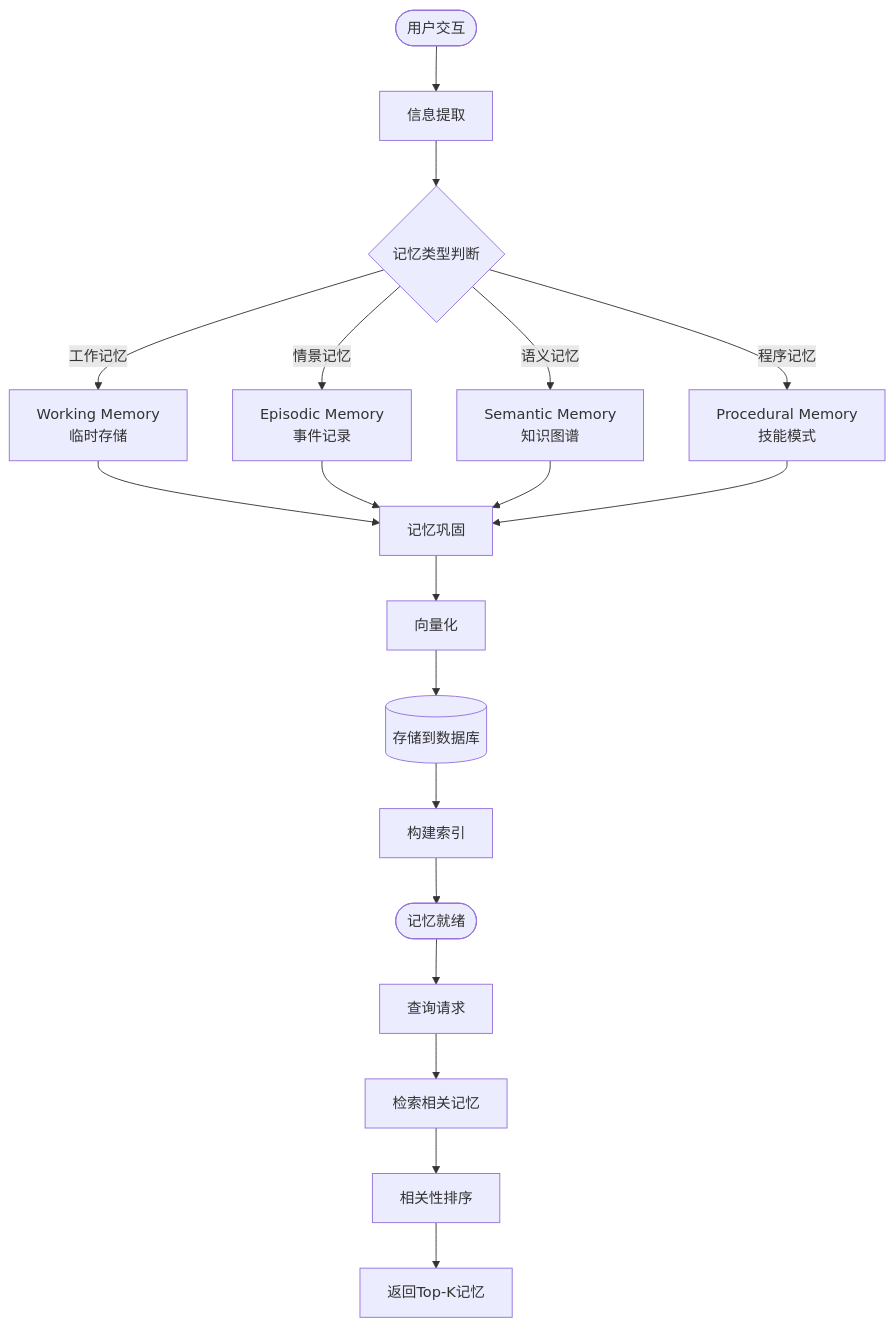
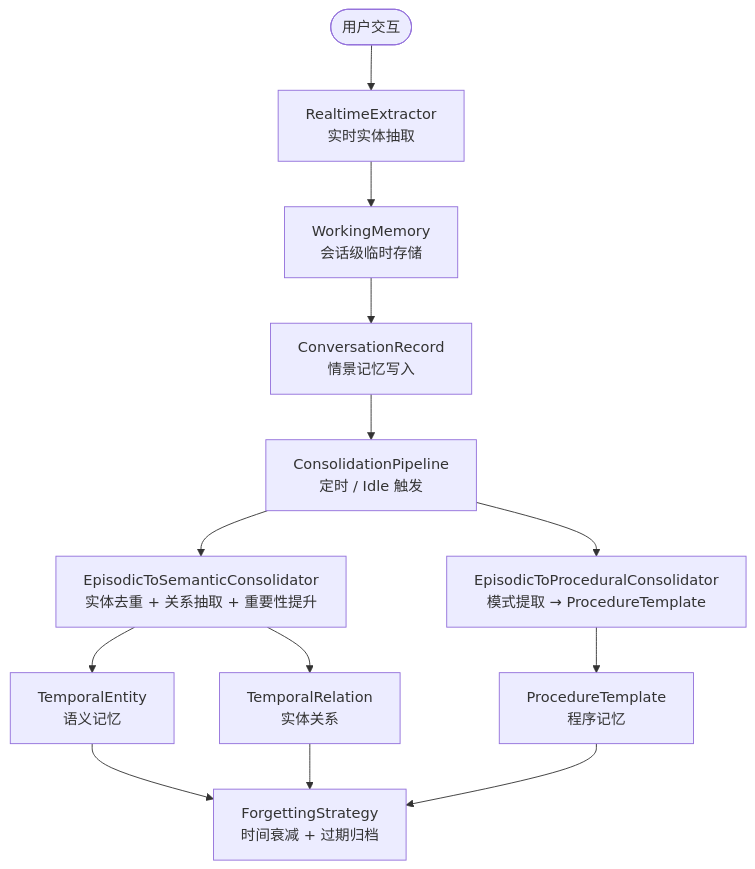
One commit to ntygod/LifePilot changed the fourth of 35 diagrams in ARCHITECTURE-DIAGRAMS.md. Above: the diagram before and after it, drawn with Mermaid. The commit also changed other lines of this file and 2 other files, not shown here.

````diff
--- a/ARCHITECTURE-DIAGRAMS.md
+++ b/ARCHITECTURE-DIAGRAMS.md
@@ -160,26 +229,20 @@
 ```mermaid
 flowchart TD
-    Start([用户交互]) --> Extract[信息提取]
-    Extract --> Classify{记忆类型判断}
+    Start([用户交互]) --> Extract[RealtimeExtractor<br/>实时实体抽取]
+    Extract --> WM[WorkingMemory<br/>会话级临时存储]
     
-    Classify -->|工作记忆| WM[Working Memory<br/>临时存储]
-    Classify -->|情景记忆| EM[Episodic Memory<br/>事件记录]
-    Classify -->|语义记忆| SM[Semantic Memory<br/>知识图谱]
-    Classify -->|程序记忆| PM[Procedural Memory<br/>技能模式]
+    WM --> Episodic[ConversationRecord<br/>情景记忆写入]
     
-    WM --> Consolidate[记忆巩固]
-    EM --> Consolidate
-    SM --> Consolidate
-    PM --> Consolidate
+    Episodic --> Pipeline[ConsolidationPipeline<br/>定时 / Idle 触发]
     
-    Consolidate --> Vectorize[向量化]
-    Vectorize --> Store[(存储到数据库)]
+    Pipeline --> Semantic[EpisodicToSemanticConsolidator<br/>实体去重 + 关系抽取 + 重要性提升]
+    Pipeline --> Procedural[EpisodicToProceduralConsolidator<br/>模式提取 → ProcedureTemplate]
     
-    Store --> Index[构建索引]
-    Index --> Ready([记忆就绪])
+    Semantic --> TE[TemporalEntity<br/>语义记忆]
+    Semantic --> TR[TemporalRelation<br/>实体关系]
+    Procedural --> PT[ProcedureTemplate<br/>程序记忆]
     
-    Ready --> Query[查询请求]
-    Query --> Retrieve[检索相关记忆]
-    Retrieve --> Rank[相关性排序]
-    Rank --> Return[返回Top-K记忆]
+    TE --> Forgetting[ForgettingStrategy<br/>时间衰减 + 过期归档]
+    TR --> Forgetting
+    PT --> Forgetting
 ```
````
